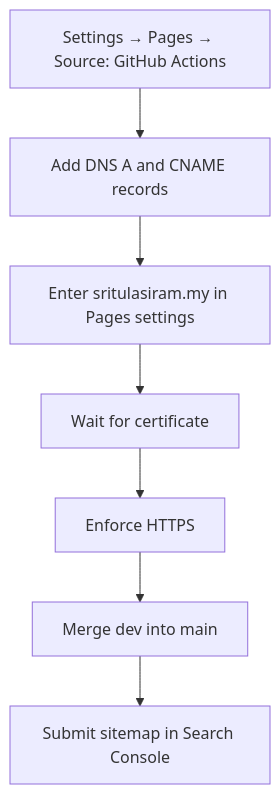
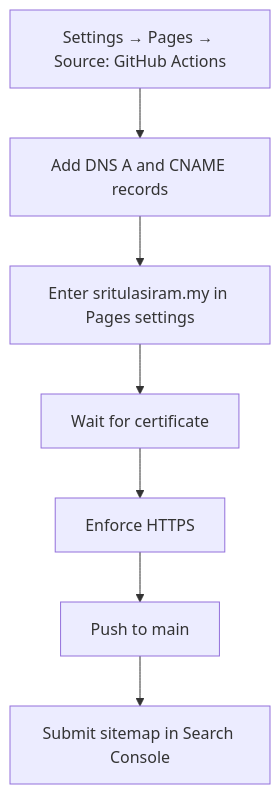
One commit to sritulasiram/sritulasiram.github.io changed the third of 3 diagrams in docs/deployment.md. Above: the diagram before and after it, drawn with Mermaid. The commit also changed other lines of this file and 1 other file, not shown here.

First line of the commit message:
docs: retire the dev branch, work on short-lived branches and merge into main [skip ci]

````diff
--- a/docs/deployment.md
+++ b/docs/deployment.md
@@ -62,9 +62,9 @@
 ```mermaid
 flowchart TD
   a["Settings → Pages → Source: GitHub Actions"] --> b["Add DNS A and CNAME records"]
   b --> c["Enter sritulasiram.my in Pages settings"]
   c --> d["Wait for certificate"]
   d --> e["Enforce HTTPS"]
-  e --> f["Merge dev into main"]
+  e --> f["Push to main"]
   f --> g["Submit sitemap in Search Console"]
 ```
````
